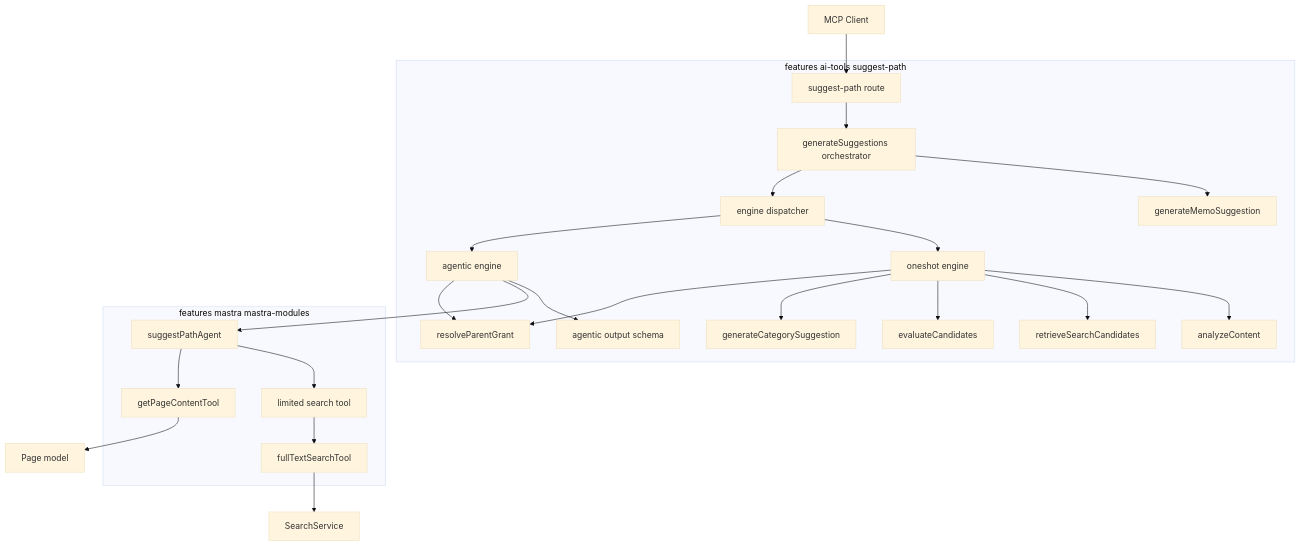
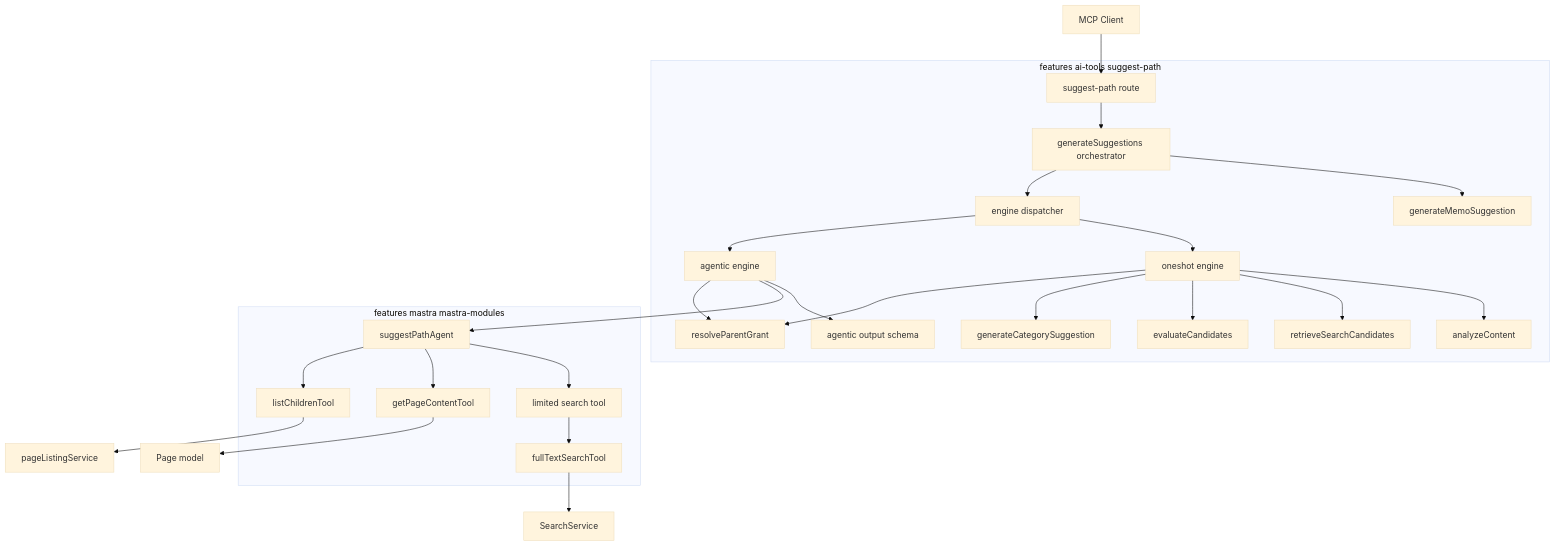
One commit to growilabs/growi changed the first of 2 diagrams in .kiro/specs/suggest-path-agentic/design.md. Above: the diagram before and after it, drawn with Mermaid (base theme). The commit also changed other lines of this file and 3 other files, not shown here.

````diff
--- a/.kiro/specs/suggest-path-agentic/design.md
+++ b/.kiro/specs/suggest-path-agentic/design.md
@@ -75,44 +78,47 @@
 ```mermaid
 graph TB
     Client[MCP Client] --> Route[suggest-path route]
     Route --> Orch[generateSuggestions orchestrator]
     Orch --> Memo[generateMemoSuggestion]
     Orch --> Disp[engine dispatcher]
     Disp --> OneshotEng[oneshot engine]
     Disp --> AgenticEng[agentic engine]
     OneshotEng --> Analyze[analyzeContent]
     OneshotEng --> Retrieve[retrieveSearchCandidates]
     OneshotEng --> Evaluate[evaluateCandidates]
     OneshotEng --> Category[generateCategorySuggestion]
     AgenticEng --> Schema[agentic output schema]
     AgenticEng --> Agent[suggestPathAgent]
     AgenticEng --> Grant[resolveParentGrant]
     OneshotEng --> Grant
     Agent --> Limited[limited search tool]
     Agent --> PageTool[getPageContentTool]
+    Agent --> ListChildren[listChildrenTool]
     Limited --> FullText[fullTextSearchTool]
     FullText --> ES[SearchService]
     PageTool --> Mongo[Page model]
+    ListChildren --> PageListing[pageListingService]
 
     subgraph aitools [features ai-tools suggest-path]
         Route
         Orch
         Memo
         Disp
         OneshotEng
         AgenticEng
         Schema
         Grant
         Analyze
         Retrieve
         Evaluate
         Category
     end
 
     subgraph mastra [features mastra mastra-modules]
         Agent
         Limited
         FullText
         PageTool
+        ListChildren
     end
 ```
````
